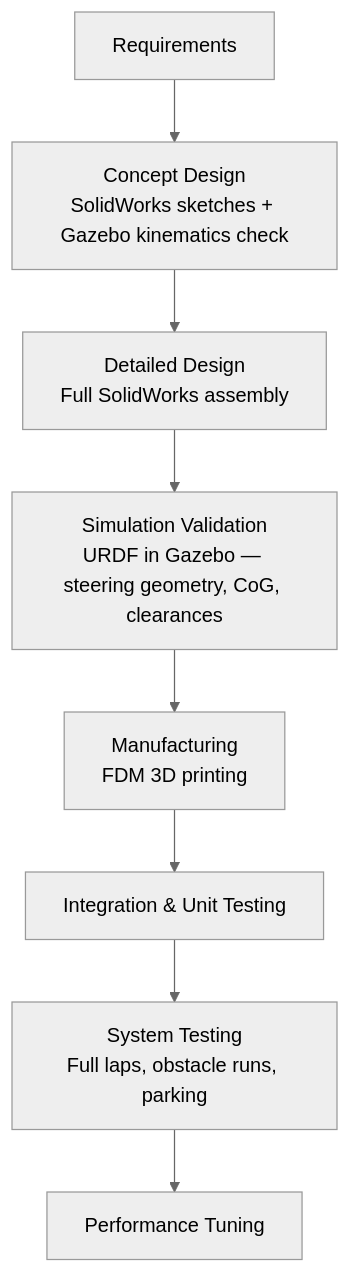
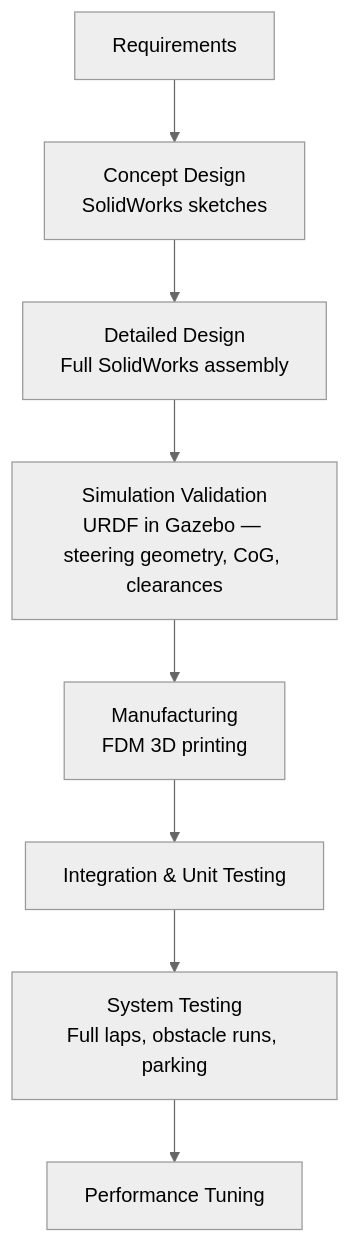
Before and after one commit to CyberionWRO2026/Cyberion: the diagram in README.md, drawn with Mermaid (neutral theme).

````diff
--- a/README.md
+++ b/README.md
@@ -20,10 +20,10 @@
 ```mermaid
 graph TD
-    A[Requirements] --> B[Concept Design\nSolidWorks sketches + Gazebo kinematics check]
+    A[Requirements] --> B[Concept Design\nSolidWorks sketches ]
     B --> C[Detailed Design\nFull SolidWorks assembly]
     C --> D[Simulation Validation\nURDF in Gazebo — steering geometry, CoG, clearances]
     D --> E[Manufacturing\nFDM 3D printing]
     E --> F[Integration & Unit Testing]
     F --> G[System Testing\nFull laps, obstacle runs, parking]
     G --> H[Performance Tuning]
 ```
````
